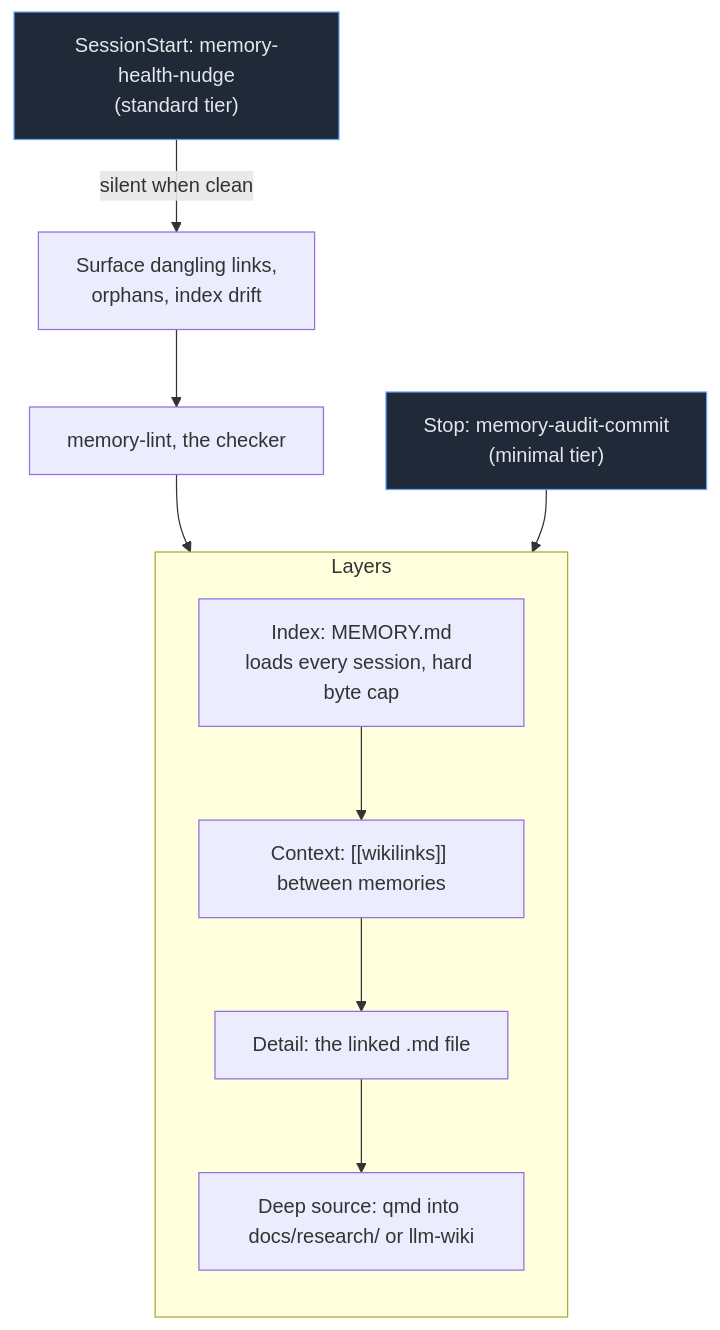
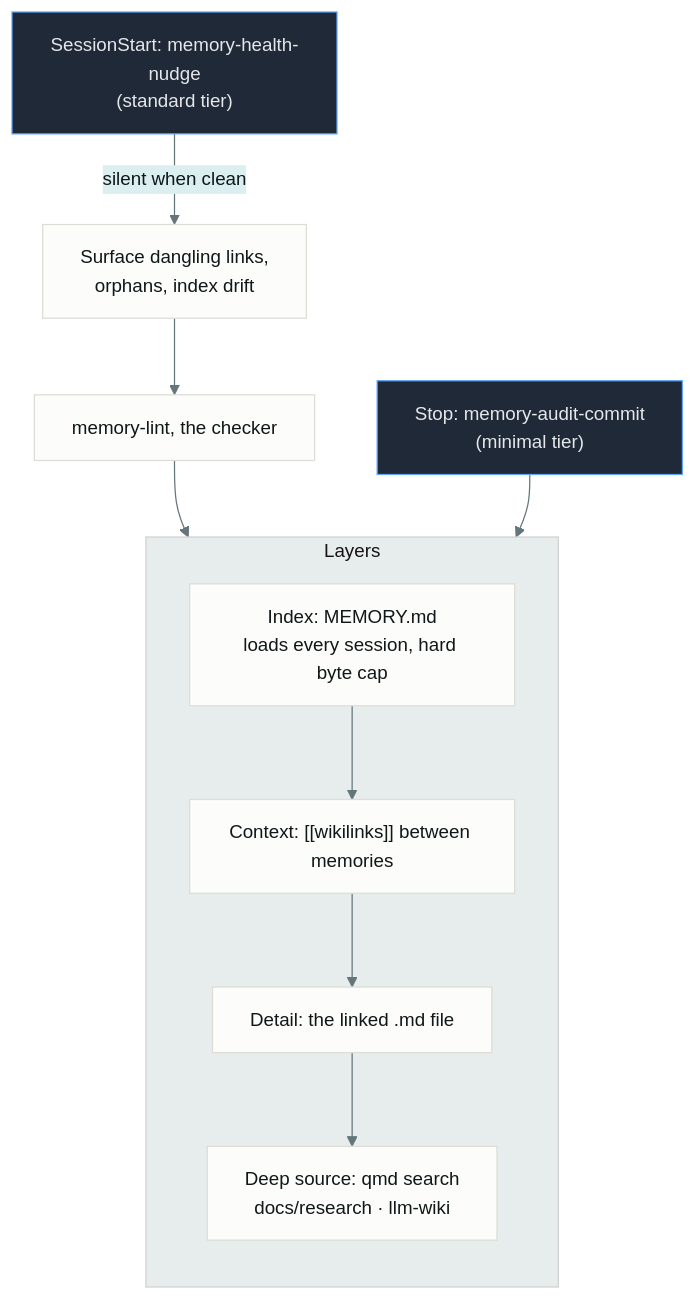
Before and after one commit to wasikarn/matt-harness: the eighth of 10 diagrams in docs/workflow-diagrams.md, drawn with Mermaid. The commit also changed other lines of this file and 12 other files, not shown here.

Commit message:
docs(diagrams): add tiered-pipeline + score-decision figures, theme mermaid blocks, extend version-bump gate, v0.68.512

````diff
--- a/docs/workflow-diagrams.md
+++ b/docs/workflow-diagrams.md
@@ -334,20 +425,33 @@
 ```mermaid
+%%{init: {
+  'theme':'base',
+  'themeVariables': {
+    'primaryColor':'#fcfcfa',
+    'primaryBorderColor':'#ddddd6',
+    'primaryTextColor':'#0f1718',
+    'lineColor':'#65767a',
+    'secondaryColor':'#dceff0',
+    'tertiaryColor':'#e7edec',
+    'fontFamily':'Source Serif 4, Charter, Georgia, serif',
+    'fontSize':'15px'
+  }
+}}%%
 flowchart TB
     subgraph L["Layers"]
         direction TB
         M1["Index: MEMORY.md<br/>loads every session, hard byte cap"]
         M2["Context: [[wikilinks]] between memories"]
         M3["Detail: the linked .md file"]
-        M4["Deep source: qmd into docs/research/ or llm-wiki"]
+        M4["Deep source: qmd search<br/>docs/research · llm-wiki"]
         M1 --> M2 --> M3 --> M4
     end
 
     SS["SessionStart: memory-health-nudge<br/>(standard tier)"] -->|"silent when clean"| FIND["Surface dangling links,<br/>orphans, index drift"]
     FIND --> ML["memory-lint, the checker"]
     ML --> M1
 
     ST["Stop: memory-audit-commit<br/>(minimal tier)"] --> M3
 
     classDef quiet fill:#1f2937,stroke:#60a5fa,color:#e5e7eb
     class SS,ST quiet
 ```
````
